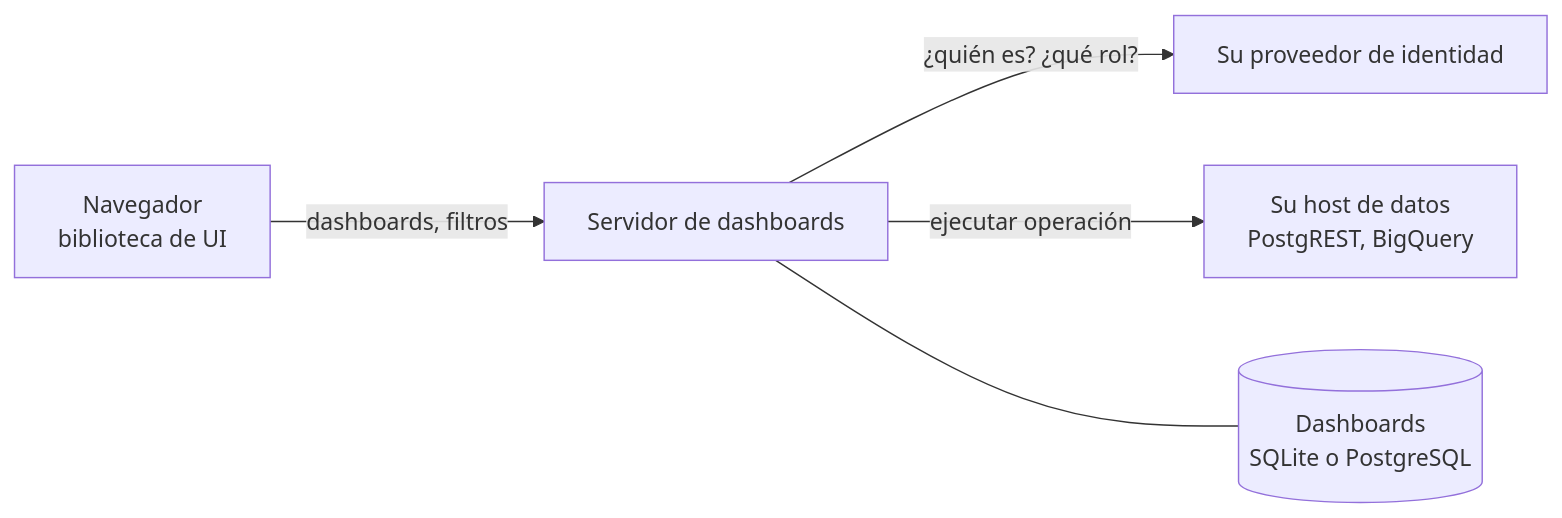
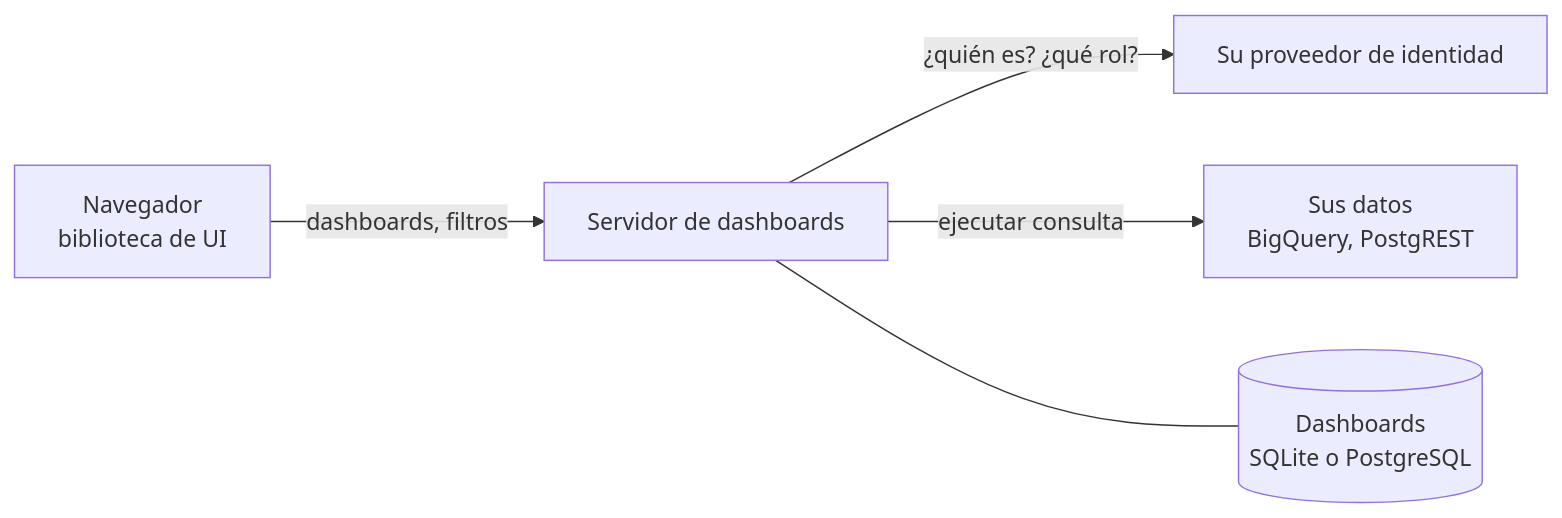
One commit to microboxlabs/modulariot changed the diagram in turbo-repo/apps/docs/content/es/products/dashboards/index.mdx. Above: the diagram before and after it, drawn with Mermaid. The commit also changed other lines of this file and 7 other files, not shown here.

````diff
--- a/turbo-repo/apps/docs/content/es/products/dashboards/index.mdx
+++ b/turbo-repo/apps/docs/content/es/products/dashboards/index.mdx
@@ -39,7 +62,7 @@
 ```mermaid
 flowchart LR
   B[Navegador<br/>biblioteca de UI] -- "dashboards, filtros" --> S[Servidor de dashboards]
   S -- "¿quién es? ¿qué rol?" --> I[Su proveedor de identidad]
-  S -- "ejecutar operación" --> H[Su host de datos<br/>PostgREST, BigQuery]
+  S -- "ejecutar consulta" --> H[Sus datos<br/>BigQuery, PostgREST]
   S --- D[(Dashboards<br/>SQLite o PostgreSQL)]
 ```
````
